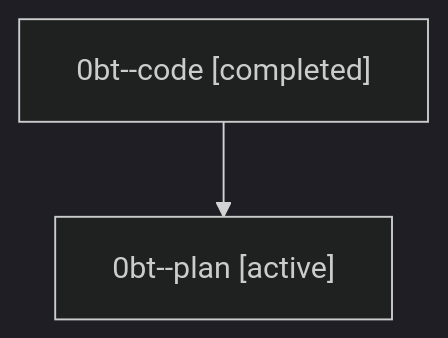
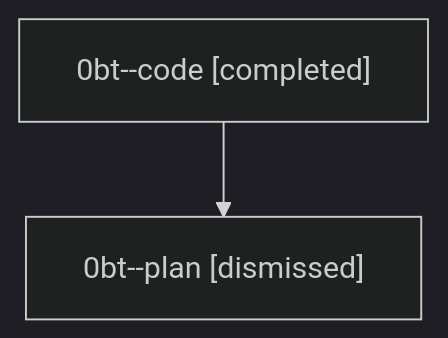
Before and after one commit to sase-org/sase--agents: the diagram in sessions/bbugyi200.athena.0bt.md, drawn with Mermaid (dark theme). The commit also changed other lines of this file and 33 other files, not shown here.

````diff
--- a/sessions/bbugyi200.athena.0bt.md
+++ b/sessions/bbugyi200.athena.0bt.md
@@ -9,6 +9,6 @@
 ```mermaid
 flowchart TD
   n0["0bt--code [completed]"]
-  n1["0bt--plan [active]"]
+  n1["0bt--plan [dismissed]"]
   n0 --> n1
 ```
````
